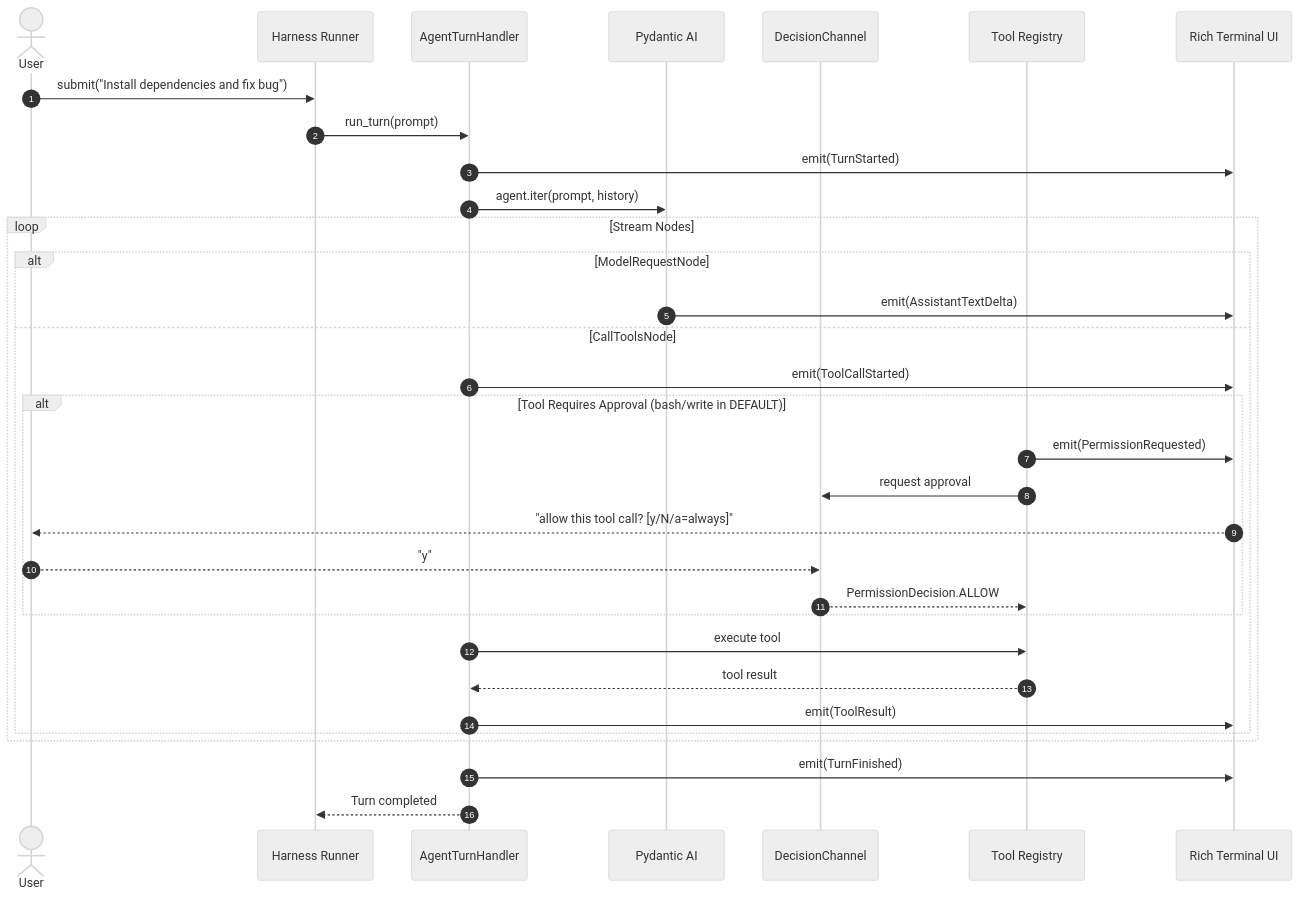
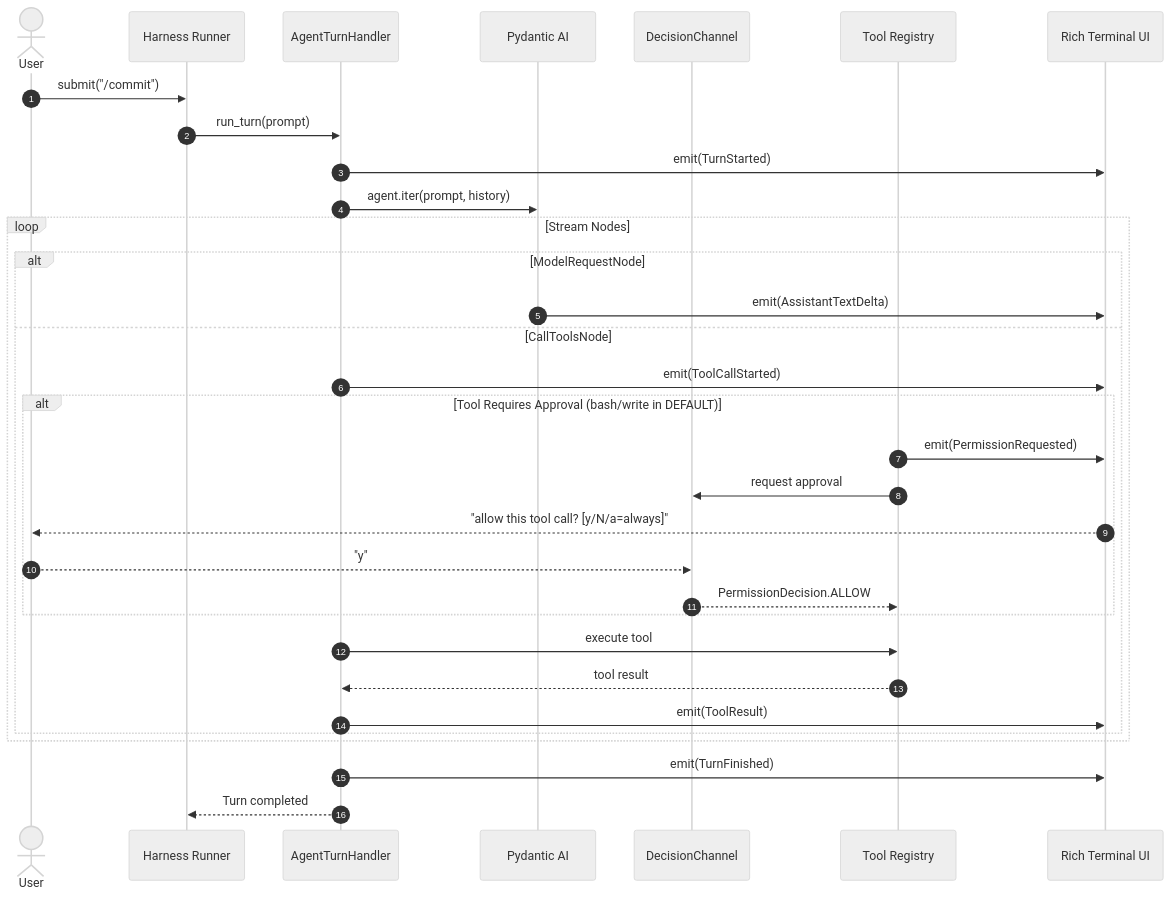
One commit to GAAKASH2003/Proto_Harness changed the diagram in README.md. Above: the diagram before and after it, drawn with Mermaid (neutral theme). The commit also changed other lines of this file, not shown here.

````diff
--- a/README.md
+++ b/README.md
@@ -94,37 +125,37 @@
 ```mermaid
 sequenceDiagram
     autonumber
     actor User
     participant Runner as Harness Runner
     participant Handler as AgentTurnHandler
     participant Agent as Pydantic AI
     participant Channel as DecisionChannel
     participant Tools as Tool Registry
     participant TUI as Rich Terminal UI
 
-    User->>Runner: submit("Install dependencies and fix bug")
+    User->>Runner: submit("/commit")
     Runner->>Handler: run_turn(prompt)
     Handler->>TUI: emit(TurnStarted)
     Handler->>Agent: agent.iter(prompt, history)
 
     loop Stream Nodes
         alt ModelRequestNode
             Agent->>TUI: emit(AssistantTextDelta)
         else CallToolsNode
             Handler->>TUI: emit(ToolCallStarted)
             alt Tool Requires Approval (bash/write in DEFAULT)
                 Tools->>TUI: emit(PermissionRequested)
                 Tools->>Channel: request approval
                 TUI-->>User: "allow this tool call? [y/N/a=always]"
                 User-->>Channel: "y"
                 Channel-->>Tools: PermissionDecision.ALLOW
             end
             Handler->>Tools: execute tool
             Tools-->>Handler: tool result
             Handler->>TUI: emit(ToolResult)
         end
     end
 
     Handler->>TUI: emit(TurnFinished)
     Handler-->>Runner: Turn completed
 ```
````
